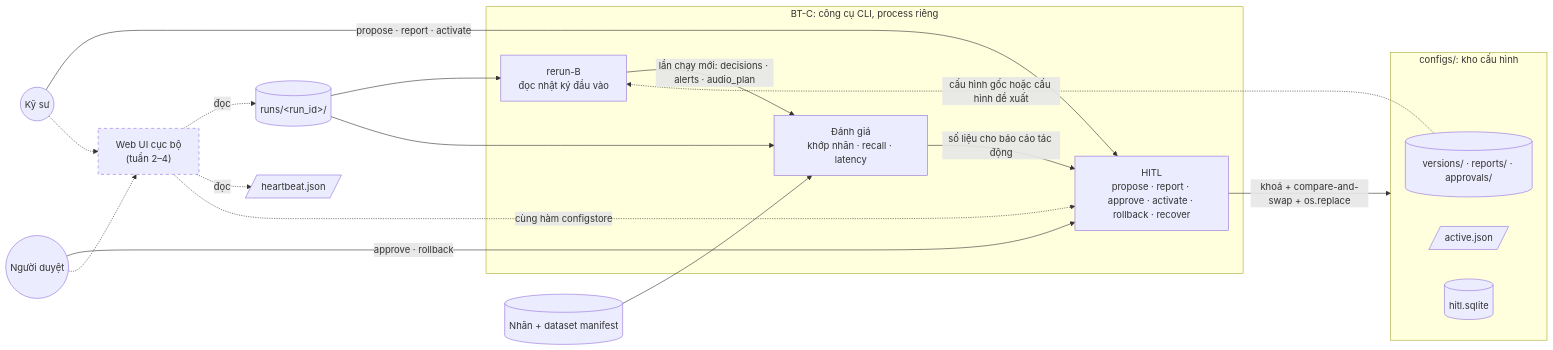
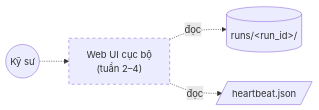
The second of 4 diagrams in docs/architecture_diagram.md (NguyenTuan-UET/roadwatch_copilot), drawn with Mermaid before and after one commit. The commit also changed other lines of this file and 29 other files, not shown here.

````diff
--- a/docs/architecture_diagram.md
+++ b/docs/architecture_diagram.md
@@ -95,37 +94,14 @@
 ```mermaid
 flowchart LR
   RUNS[("runs/#lt;run_id#gt;/")]
   HB[/"heartbeat.json"/]
-  LBL[("Nhãn + dataset manifest")]
-  subgraph CFG["configs/: kho cấu hình"]
-    VER[("versions/ · reports/ · approvals/")]
-    ACT[/"active.json"/]
-    SQL[("hitl.sqlite")]
-  end
-  subgraph TOOLS["BT-C: công cụ CLI, process riêng"]
-    RR["rerun-B<br/>đọc nhật ký đầu vào"]
-    EV["Đánh giá<br/>khớp nhãn · recall · latency"]
-    H["HITL<br/>propose · report · approve · activate · rollback · recover"]
-  end
   UI["Web UI cục bộ<br/>(tuần 2–4)"]
   ENG(("Kỹ sư"))
-  APR(("Người duyệt"))
 
-  RUNS --> RR
-  VER -. "cấu hình gốc hoặc cấu hình đề xuất" .-> RR
-  RR -- "lần chạy mới: decisions · alerts · audio_plan" --> EV
-  RUNS --> EV
-  LBL --> EV
-  EV -- "số liệu cho báo cáo tác động" --> H
-  ENG -- "propose · report · activate" --> H
-  APR -- "approve · rollback" --> H
-  H -- "khoá + compare-and-swap + os.replace" --> CFG
   ENG -.-> UI
-  APR -.-> UI
   UI -. "đọc" .-> RUNS
   UI -. "đọc" .-> HB
-  UI -. "cùng hàm configstore" .-> H
 
   classDef ext stroke-dasharray: 5 5
   class UI ext
 ```
````
